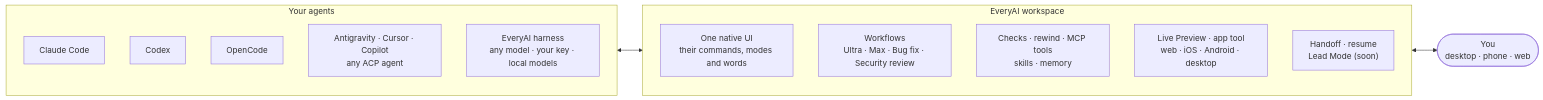
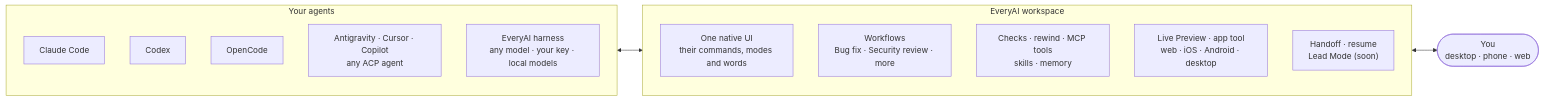
The diagram in README.md (xuckless/everyai-mono), drawn with Mermaid before and after one commit. The commit also changed other lines of this file and 8 other files, not shown here.

````diff
--- a/README.md
+++ b/README.md
@@ -34,20 +34,20 @@
 ```mermaid
 flowchart LR
     subgraph Agents["Your agents"]
         CC["Claude Code"]
         CX["Codex"]
         OC["OpenCode"]
         ACP["Antigravity · Cursor · Copilot<br/>any ACP agent"]
         EH["EveryAI harness<br/>any model · your key · local models"]
     end
     subgraph WS["EveryAI workspace"]
         UI["One native UI<br/>their commands, modes and words"]
-        WF["Workflows<br/>Ultra · Max · Bug fix · Security review"]
+        WF["Workflows<br/>Bug fix · Security review · more"]
         TL["Checks · rewind · MCP tools<br/>skills · memory"]
         LV["Live Preview · app tool<br/>web · iOS · Android · desktop"]
         OR["Handoff · resume<br/>Lead Mode (soon)"]
     end
     You(["You<br/>desktop · phone · web"])
     Agents <--> WS
     WS <--> You
 ```
````
